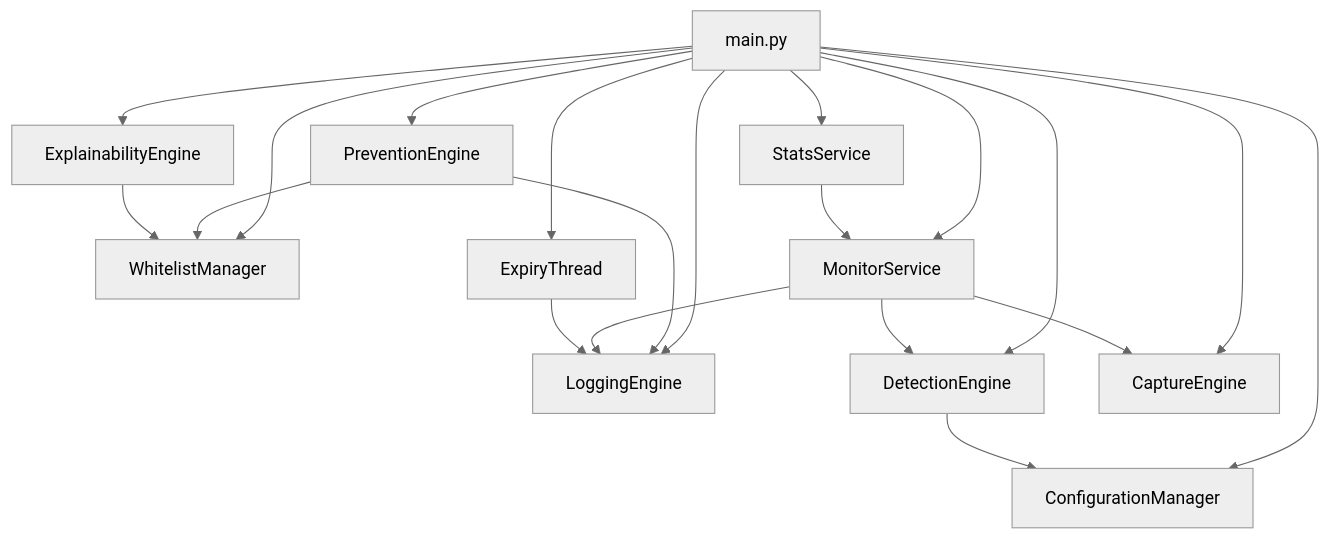
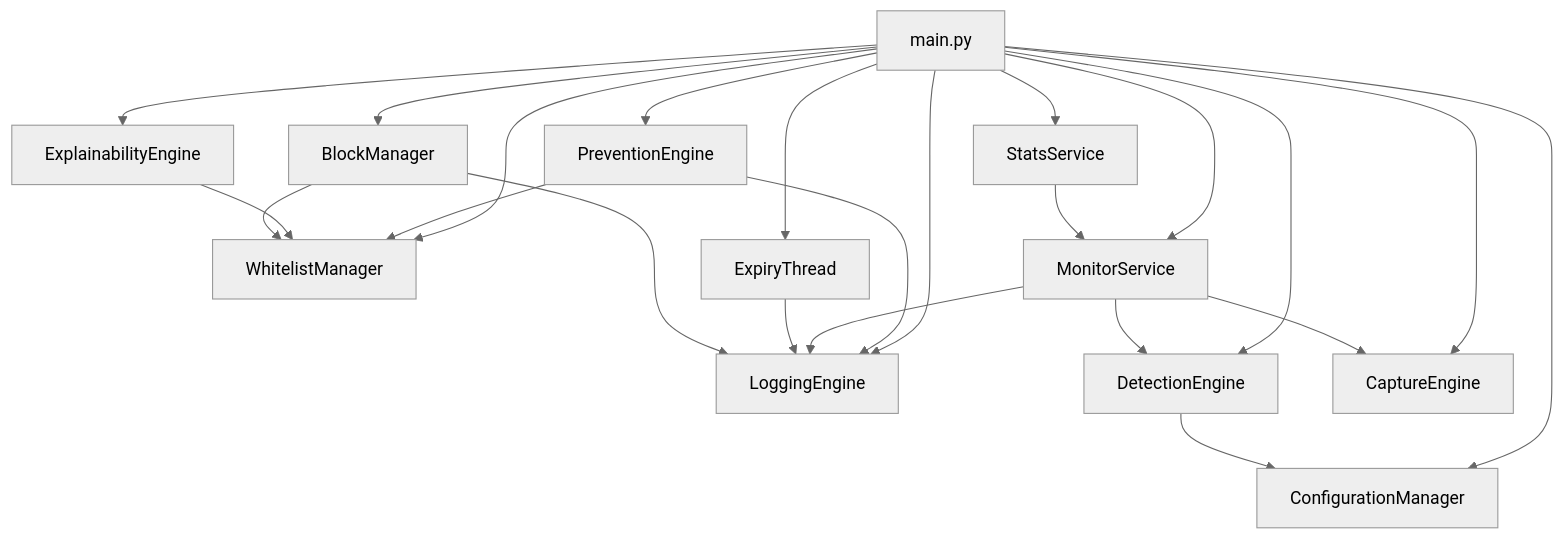
One commit to The-Bugger/Net-Guard changed the seventh of 7 diagrams in docs/ARCHITECTURE.md. Above: the diagram before and after it, drawn with Mermaid (neutral theme). The commit also changed other lines of this file, not shown here.

Commit message:
update architecture documentation

````diff
--- a/docs/ARCHITECTURE.md
+++ b/docs/ARCHITECTURE.md
@@ -333,35 +378,29 @@
 ```mermaid
 graph TD
     MAIN2["main.py"]
     CM["ConfigurationManager"]
     WM["WhitelistManager"]
     LE2["LoggingEngine"]
     PE2["PreventionEngine"]
     DE2["DetectionEngine"]
     EE2["ExplainabilityEngine"]
     MS["MonitorService"]
     ET3["ExpiryThread"]
     SS["StatsService"]
     CE2["CaptureEngine"]
+    BM["BlockManager"]
 
-    MAIN2 --> CM
-    MAIN2 --> WM
-    MAIN2 --> LE2
-    MAIN2 --> PE2
-    MAIN2 --> DE2
-    MAIN2 --> EE2
-    MAIN2 --> MS
-    MAIN2 --> ET3
-    MAIN2 --> SS
-    MAIN2 --> CE2
+    MAIN2 --> CM & WM & LE2 & PE2 & DE2 & EE2 & MS & ET3 & SS & CE2 & BM
 
     PE2 --> WM
     PE2 --> LE2
     EE2 --> WM
     DE2 --> CM
     MS --> CE2
     MS --> DE2
     MS --> LE2
     ET3 --> LE2
     SS --> MS
+    BM --> WM
+    BM --> LE2
 ```
````
